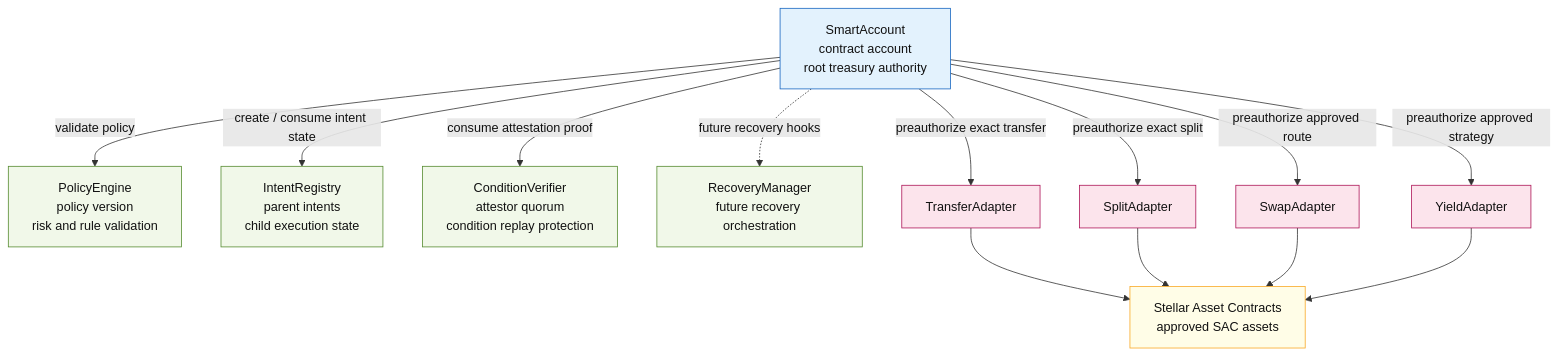
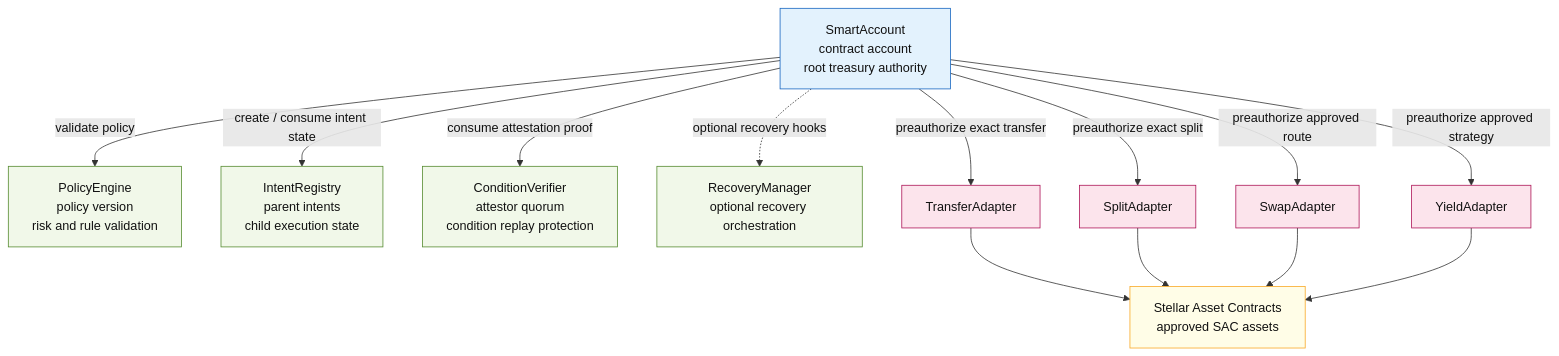
One commit to Frihat-dev/smart-wallet-stellar changed the third of 12 diagrams in docs/TECHNICAL_ARCHITECTURE.md. Above: the diagram before and after it, drawn with Mermaid. The commit also changed other lines of this file, not shown here.

Commit message:
docs: harden technical architecture specification

````diff
--- a/docs/TECHNICAL_ARCHITECTURE.md
+++ b/docs/TECHNICAL_ARCHITECTURE.md
@@ -409,38 +473,38 @@
 ```mermaid
 flowchart TB
     SA["SmartAccount<br/>contract account<br/>root treasury authority"]
     PE["PolicyEngine<br/>policy version<br/>risk and rule validation"]
     IR["IntentRegistry<br/>parent intents<br/>child execution state"]
     CV["ConditionVerifier<br/>attestor quorum<br/>condition replay protection"]
-    RM["RecoveryManager<br/>future recovery orchestration"]
+    RM["RecoveryManager<br/>optional recovery orchestration"]
 
     TA["TransferAdapter"]
     SPA["SplitAdapter"]
     SWA["SwapAdapter"]
     YA["YieldAdapter"]
     SAC["Stellar Asset Contracts<br/>approved SAC assets"]
 
     SA -->|"validate policy"| PE
     SA -->|"create / consume intent state"| IR
     SA -->|"consume attestation proof"| CV
-    SA -. "future recovery hooks" .-> RM
+    SA -. "optional recovery hooks" .-> RM
 
     SA -->|"preauthorize exact transfer"| TA
     SA -->|"preauthorize exact split"| SPA
     SA -->|"preauthorize approved route"| SWA
     SA -->|"preauthorize approved strategy"| YA
 
     TA --> SAC
     SPA --> SAC
     SWA --> SAC
     YA --> SAC
 
     classDef root fill:#e3f2fd,stroke:#1565c0,color:#111;
     classDef module fill:#f1f8e9,stroke:#558b2f,color:#111;
     classDef adapter fill:#fce4ec,stroke:#ad1457,color:#111;
     classDef asset fill:#fffde7,stroke:#f9a825,color:#111;
     class SA root;
     class PE,IR,CV,RM module;
     class TA,SPA,SWA,YA adapter;
     class SAC asset;
 ```
````
